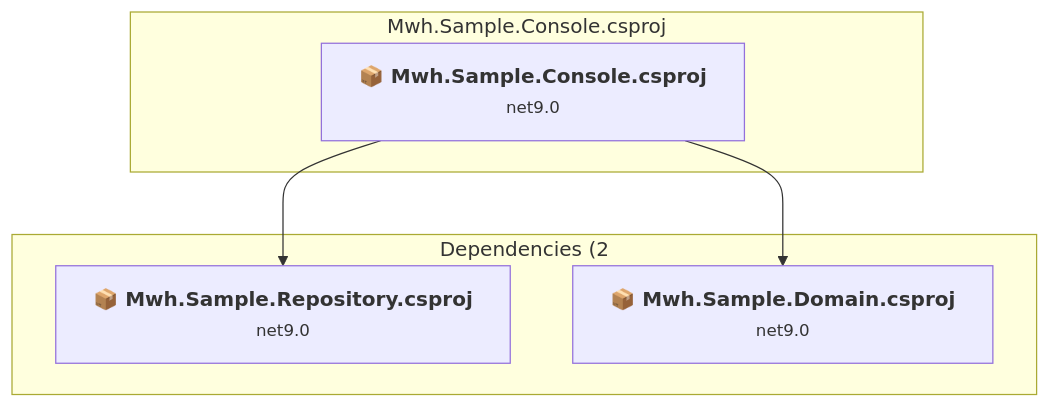
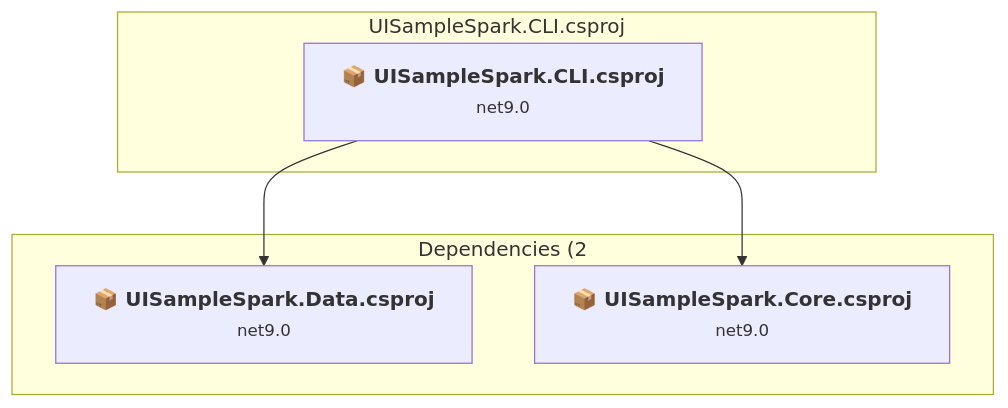
Before and after one commit to markhazleton/SampleMvcCRUD: the second of 8 diagrams in .documentation/copilot/archive/upgrades/assessment.md, drawn with Mermaid. The commit also changed other lines of this file and 393 other files, not shown here.

First line of the commit message:
feat: Rebrand to UISampleSpark with modernized project structure

````diff
--- a/.documentation/copilot/archive/upgrades/assessment.md
+++ b/.documentation/copilot/archive/upgrades/assessment.md
@@ -75,16 +75,16 @@
 ```mermaid
 flowchart TB
-    subgraph current["Mwh.Sample.Console.csproj"]
-        MAIN["<b>📦&nbsp;Mwh.Sample.Console.csproj</b><br/><small>net9.0</small>"]
-        click MAIN "#mwhsampleconsolemwhsampleconsolecsproj"
+    subgraph current["UISampleSpark.CLI.csproj"]
+        MAIN["<b>📦&nbsp;UISampleSpark.CLI.csproj</b><br/><small>net9.0</small>"]
+        click MAIN "#uisamplesparkclicsproj"
     end
     subgraph downstream["Dependencies (2"]
-        P4["<b>📦&nbsp;Mwh.Sample.Repository.csproj</b><br/><small>net9.0</small>"]
-        P2["<b>📦&nbsp;Mwh.Sample.Domain.csproj</b><br/><small>net9.0</small>"]
-        click P4 "#mwhsamplerepositorymwhsamplerepositorycsproj"
-        click P2 "#mwhsampledomainmwhsampledomaincsproj"
+        P4["<b>📦&nbsp;UISampleSpark.Data.csproj</b><br/><small>net9.0</small>"]
+        P2["<b>📦&nbsp;UISampleSpark.Core.csproj</b><br/><small>net9.0</small>"]
+        click P4 "#uisamplesparkdatacsproj"
+        click P2 "#uisamplesparkcorecsproj"
     end
     MAIN --> P4
     MAIN --> P2
 
 ```
````
